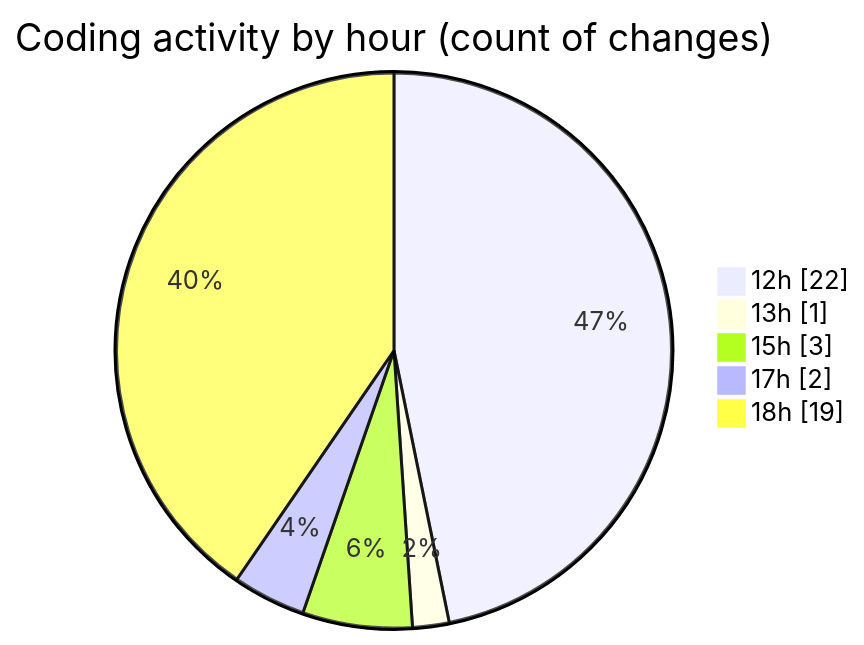
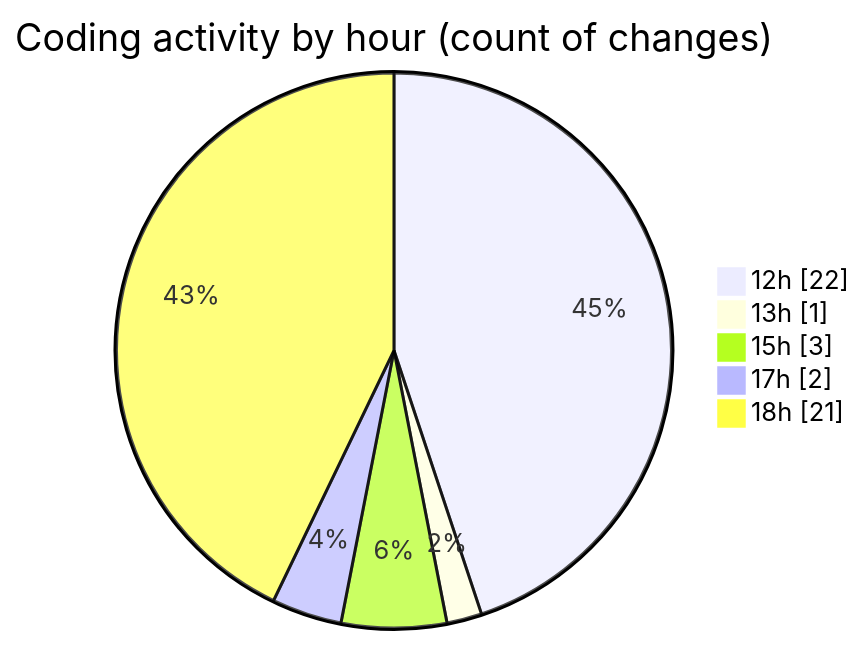
Before and after one commit to nxtqubesakshisongat/code-tracking: the second of 2 diagrams in 2025-05-16/argos-dev/README.md, drawn with Mermaid. The commit also changed other lines of this file and 1 other file, not shown here.

````diff
--- a/2025-05-16/argos-dev/README.md
+++ b/2025-05-16/argos-dev/README.md
@@ -32,9 +32,9 @@
 ```mermaid
 pie showData
 title Coding activity by hour (count of changes)
 "12h" : 22
 "13h" : 1
 "15h" : 3
 "17h" : 2
-"18h" : 19
+"18h" : 21
 ```
````
